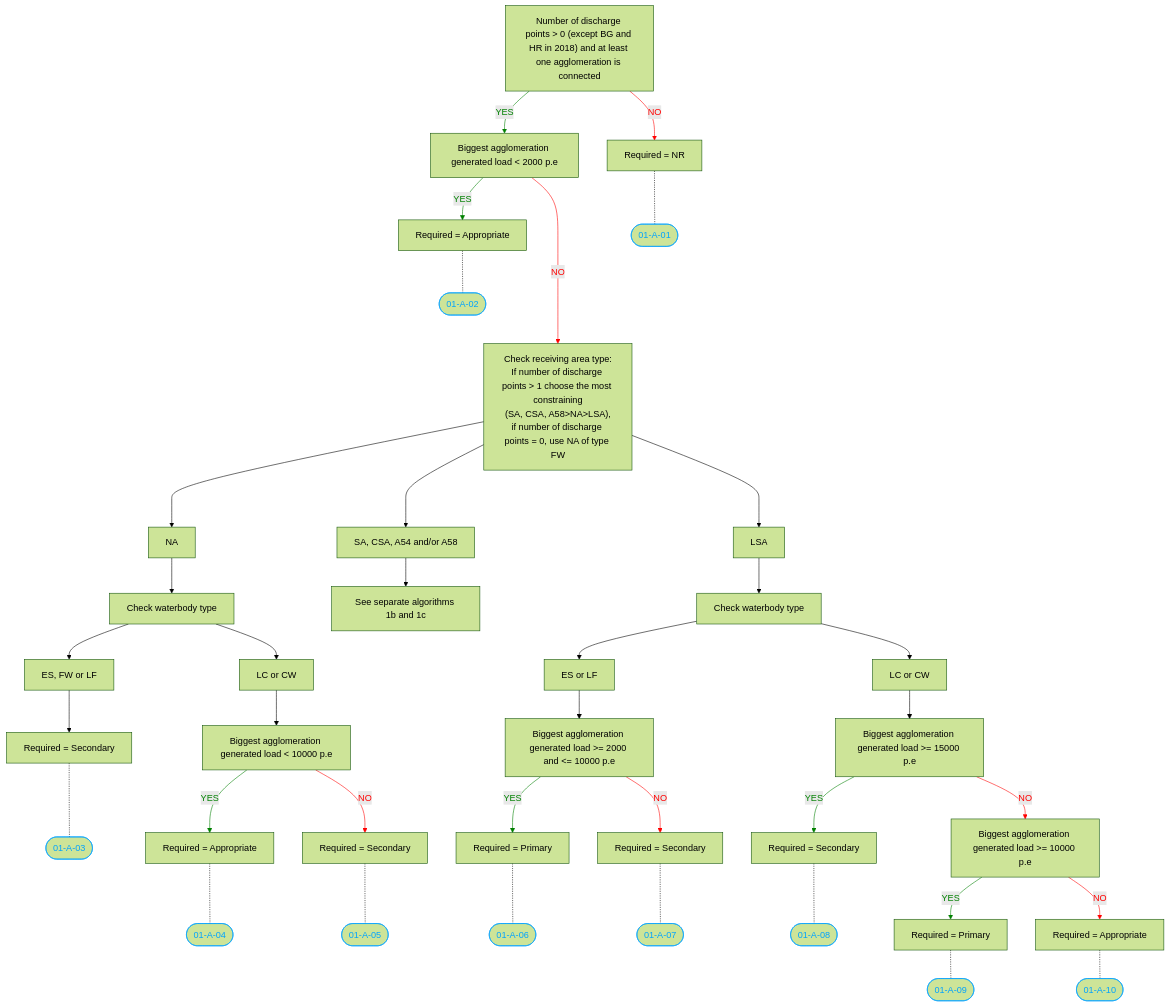
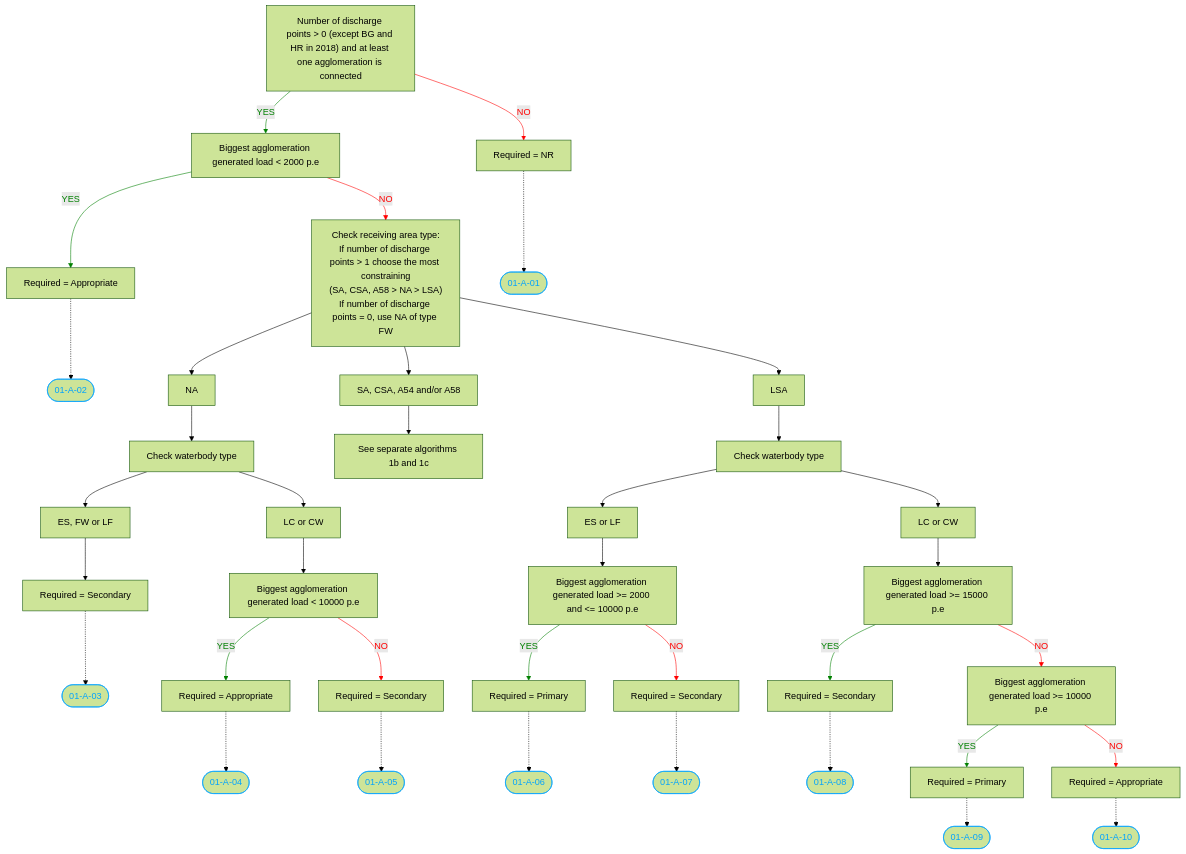
Before and after one commit to eeadata/WISE.UWWTD.Documentation: the diagram in docs/algorithms/algorithm-1a.md, drawn with Mermaid (forest theme).

Commit message:
Update algorithm-1a.md
Fix compatibility issue between mermaid diagram and github

````diff
--- a/docs/algorithms/algorithm-1a.md
+++ b/docs/algorithms/algorithm-1a.md
@@ -67,4 +67,4 @@
-```{mermaid}
+```mermaid
 graph TB
 
 A["Number of discharge points > 0 (except BG and HR in 2018) and at least one agglomeration is connected"]
@@ -75,24 +75,17 @@
 linkStyle 0 stroke:green,color:green,stroke-width:1px
 linkStyle 1 stroke:red,color:red,stroke-width:1px
 
-
-B -->|YES| APP1["Required = Appropriate"] 
-B ---->|NO| C["Check receiving area type:
-If number of discharge points > 1 choose the most constraining
-(SA, CSA, A58>NA>LSA),
-if number of discharge points = 0, use NA of type FW"]
+B -->|YES| APP1["Required = Appropriate"]
+B -->|NO| C["Check receiving area type:<br/>If number of discharge points > 1 choose the most constraining<br/>(SA, CSA, A58 > NA > LSA)<br/>If number of discharge points = 0, use NA of type FW"]
 
 linkStyle 2 stroke:green,color:green,stroke-width:1px
 linkStyle 3 stroke:red,color:red,stroke-width:1px
 
-
 %% Receiving area types
 
-
-C ---> NA["NA"]
-C ---> SA["SA, CSA, A54 and/or A58"]
-C ---> LSA["LSA"]
-
+C --> NA["NA"]
+C --> SA["SA, CSA, A54 and/or A58"]
+C --> LSA["LSA"]
 
 %% SA branch
 
@@ -133,7 +126,6 @@
 LC2 --> F["Biggest agglomeration generated load >= 15000 p.e"]
 
 F -->|YES| SEC4["Required = Secondary"]
-
 F -->|NO| G["Biggest agglomeration generated load >= 10000 p.e"]
 
 G -->|YES| PRI2["Required = Primary"]
@@ -144,19 +136,18 @@
 linkStyle 24 stroke:green,color:green,stroke-width:1px
 linkStyle 25 stroke:red,color:red,stroke-width:1px
 
+%% Reference identifiers
 
-%% Reference identifiers
- 
-NR -.- ID1(["01-A-01"])
-APP1 -.- ID2(["01-A-02"])
-SEC1 -.- ID3(["01-A-03"])
-APP2 -.- ID4(["01-A-04"])
-SEC2 -.- ID5(["01-A-05"])
-PRI1 -.- ID6(["01-A-06"])
-SEC3 -.- ID7(["01-A-07"])
-SEC4 -.- ID8(["01-A-08"])
-PRI2 -.- ID9(["01-A-09"])
-APP3 -.- ID10(["01-A-10"])
+NR -.-> ID1(["01-A-01"])
+APP1 -.-> ID2(["01-A-02"])
+SEC1 -.-> ID3(["01-A-03"])
+APP2 -.-> ID4(["01-A-04"])
+SEC2 -.-> ID5(["01-A-05"])
+PRI1 -.-> ID6(["01-A-06"])
+SEC3 -.-> ID7(["01-A-07"])
+SEC4 -.-> ID8(["01-A-08"])
+PRI2 -.-> ID9(["01-A-09"])
+APP3 -.-> ID10(["01-A-10"])
 
 classDef reference stroke:#00a2ff,color:#00a2ff;
 class ID1,ID2,ID3,ID4,ID5,ID6,ID7,ID8,ID9,ID10 reference;
````
